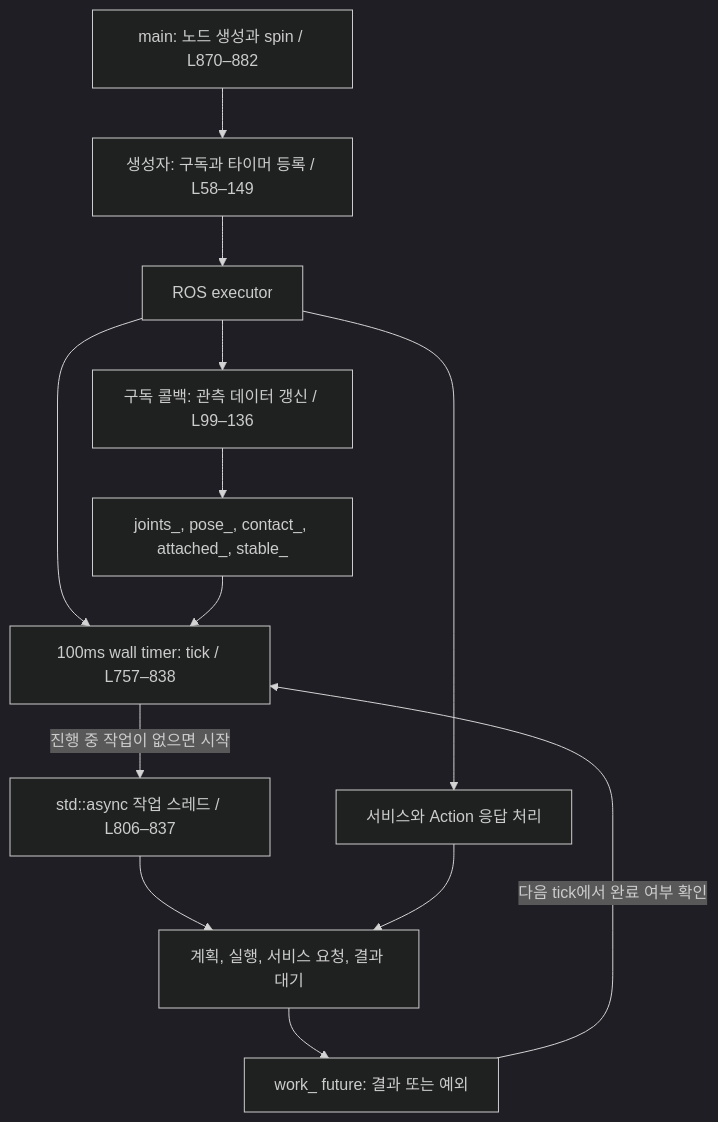
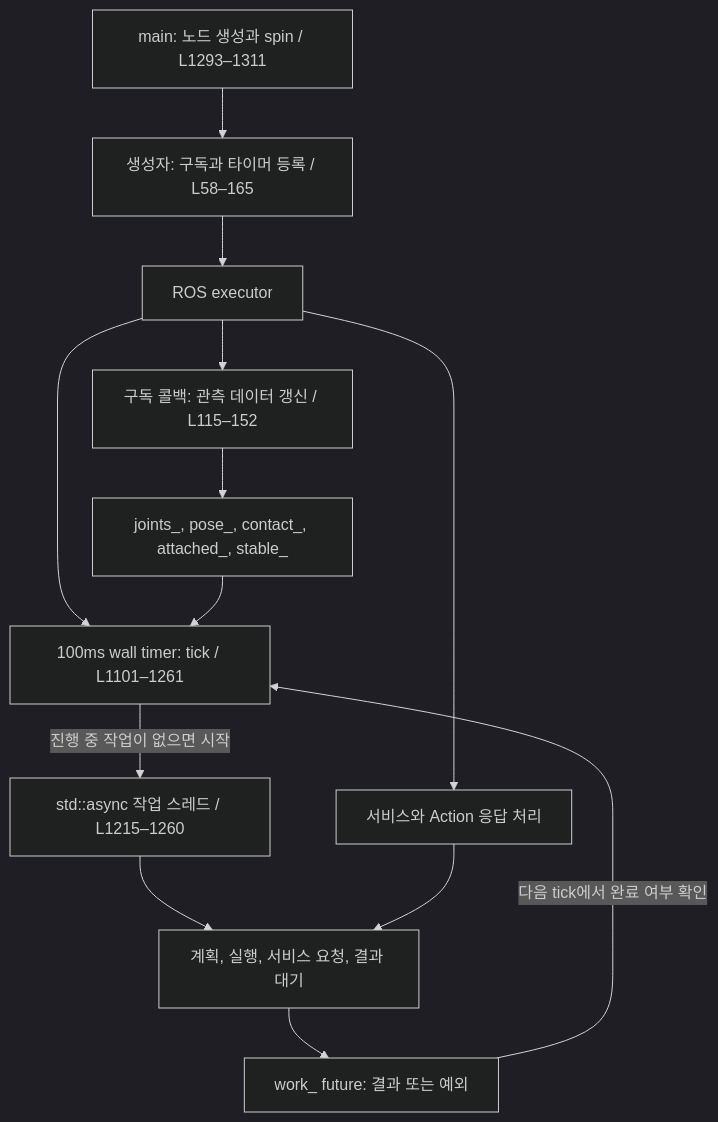
One commit to dongseoki/my_arm_with_ball changed the first of 4 diagrams in docs/pick_and_place_test_cpp해설.md. Above: the diagram before and after it, drawn with Mermaid (dark theme). The commit also changed other lines of this file, not shown here.

````diff
--- a/docs/pick_and_place_test_cpp해설.md
+++ b/docs/pick_and_place_test_cpp해설.md
@@ -22,15 +22,15 @@
 ```mermaid
 flowchart TD
-    MAIN["main: 노드 생성과 spin / L870–882"] --> INIT["생성자: 구독과 타이머 등록 / L58–149"]
+    MAIN["main: 노드 생성과 spin / L1293–1311"] --> INIT["생성자: 구독과 타이머 등록 / L58–165"]
     INIT --> EXEC["ROS executor"]
-    EXEC --> SUB["구독 콜백: 관측 데이터 갱신 / L99–136"]
-    EXEC --> TICK["100ms wall timer: tick / L757–838"]
+    EXEC --> SUB["구독 콜백: 관측 데이터 갱신 / L115–152"]
+    EXEC --> TICK["100ms wall timer: tick / L1101–1261"]
     EXEC --> RESP["서비스와 Action 응답 처리"]
     SUB --> DATA["joints_, pose_, contact_, attached_, stable_"]
     DATA --> TICK
-    TICK -->|"진행 중 작업이 없으면 시작"| ASYNC["std::async 작업 스레드 / L806–837"]
+    TICK -->|"진행 중 작업이 없으면 시작"| ASYNC["std::async 작업 스레드 / L1215–1260"]
     ASYNC --> WORK["계획, 실행, 서비스 요청, 결과 대기"]
     RESP --> WORK
     WORK --> FUTURE["work_ future: 결과 또는 예외"]
     FUTURE -->|"다음 tick에서 완료 여부 확인"| TICK
 ```
````
